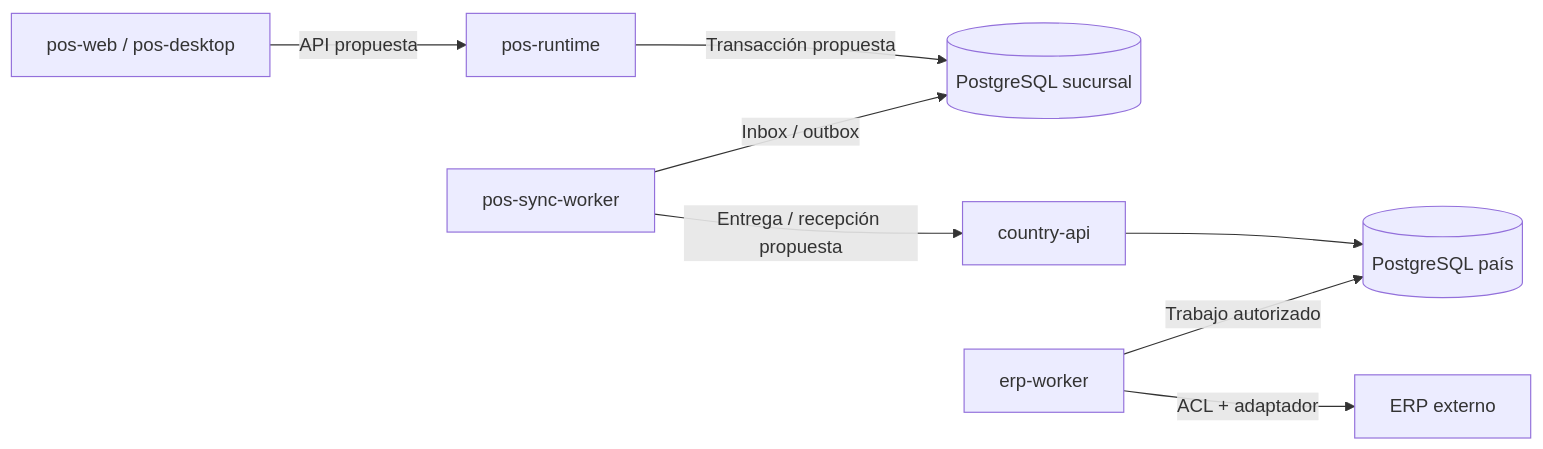
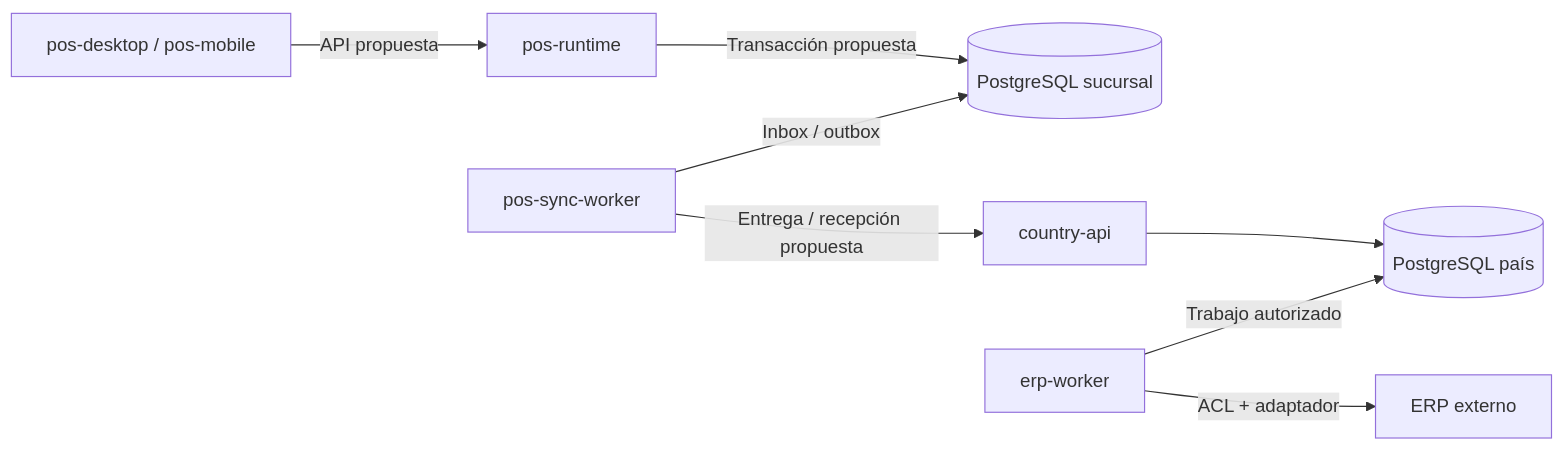
One commit to floxcristian/pos-platform changed the diagram in docs/monorepo.md. Above: the diagram before and after it, drawn with Mermaid. The commit also changed other lines of this file and 70 other files, not shown here.

Commit message:
docs(architecture): document native clients and agreed shared structure

````diff
--- a/docs/monorepo.md
+++ b/docs/monorepo.md
@@ -100,10 +256,10 @@
 ```mermaid
 flowchart LR
-    Client["pos-web / pos-desktop"] -->|"API propuesta"| Branch["pos-runtime"]
+    Client["pos-desktop / pos-mobile"] -->|"API propuesta"| Branch["pos-runtime"]
     Branch -->|"Transacción propuesta"| Local[("PostgreSQL sucursal")]
     Sync["pos-sync-worker"] -->|"Entrega / recepción propuesta"| Country["country-api"]
     Sync -->|"Inbox / outbox"| Local
     Country --> Central[("PostgreSQL país")]
     ERP["erp-worker"] -->|"Trabajo autorizado"| Central
     ERP -->|"ACL + adaptador"| External["ERP externo"]
 ```
````
